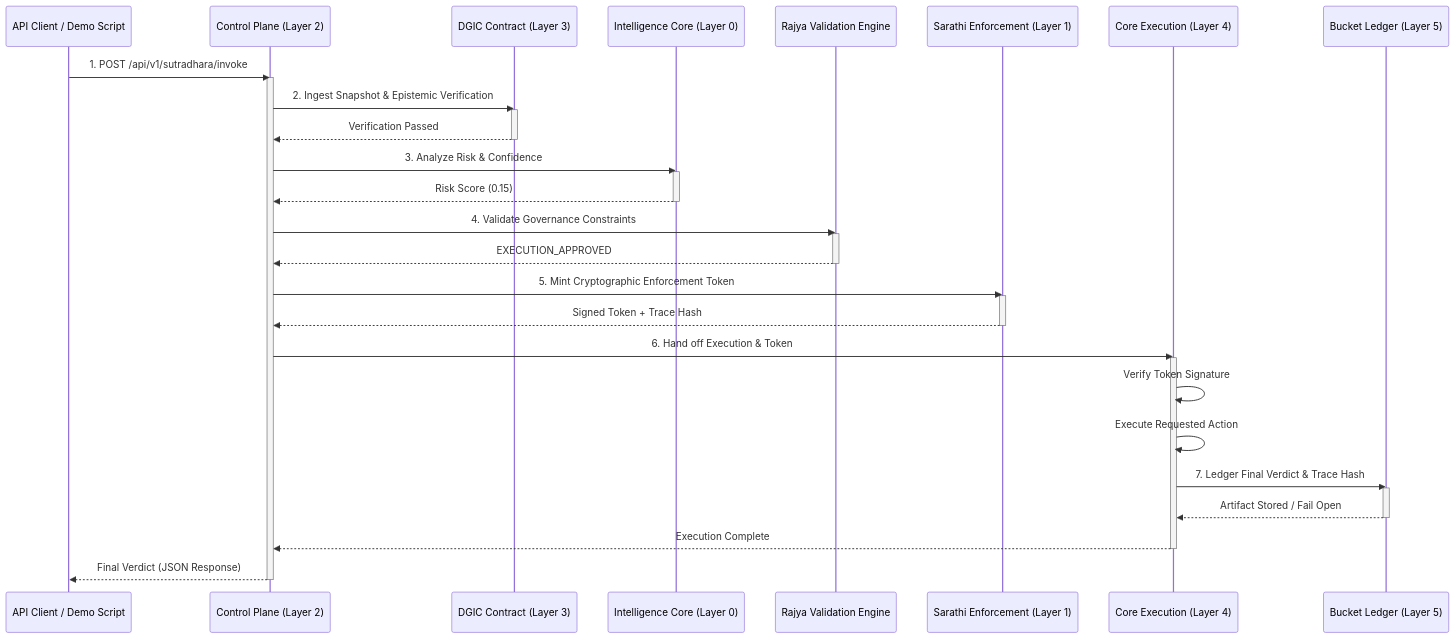
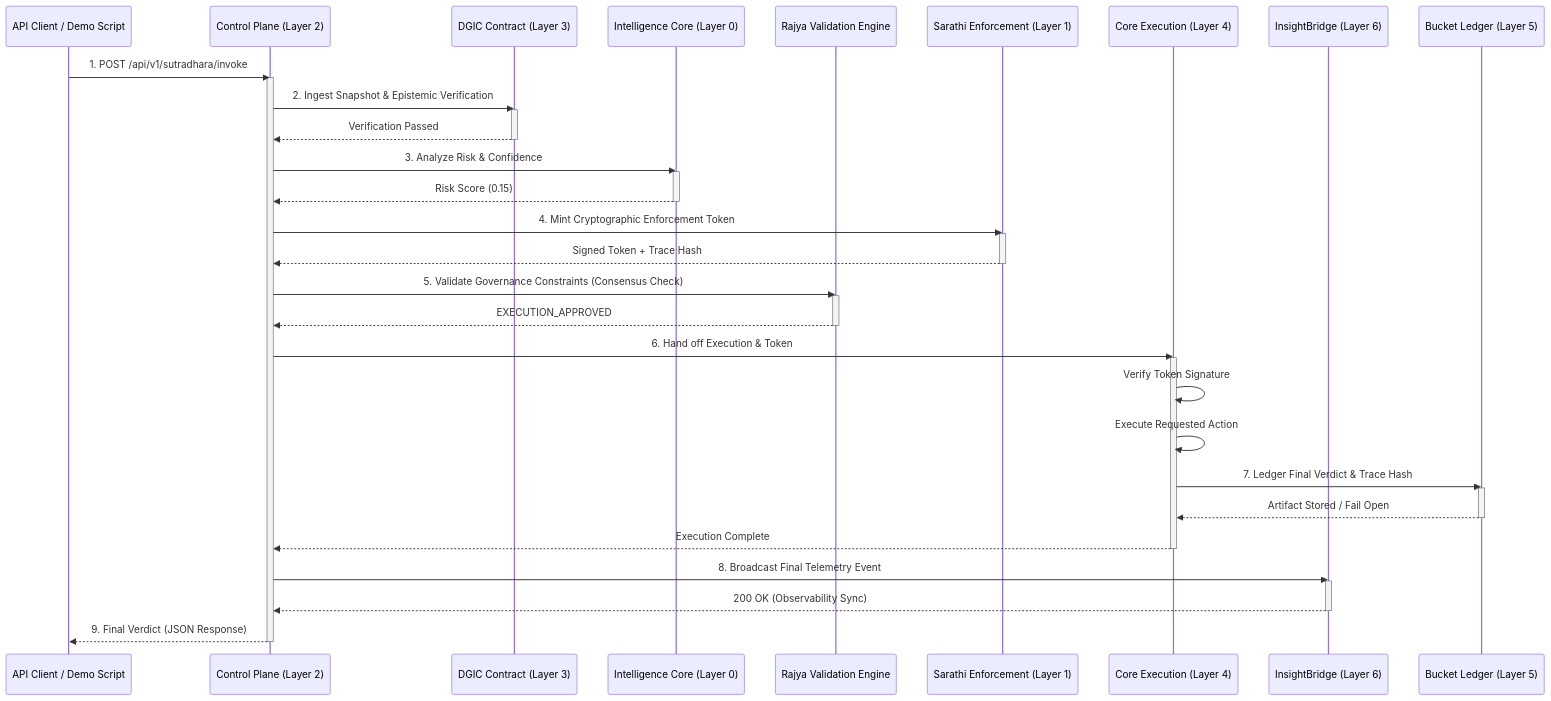
One commit to blackholeinfiverse106-creator/text-risk-scoring-service changed the diagram in docs/end_to_end_pipeline.md. Above: the diagram before and after it, drawn with Mermaid. The commit also changed other lines of this file and 6 other files, not shown here.

````diff
--- a/docs/end_to_end_pipeline.md
+++ b/docs/end_to_end_pipeline.md
@@ -48,49 +48,55 @@
 ```mermaid
 sequenceDiagram
     participant Client as API Client / Demo Script
     participant Sutradhara as Control Plane (Layer 2)
     participant DGIC as DGIC Contract (Layer 3)
     participant Intel as Intelligence Core (Layer 0)
     participant Rajya as Rajya Validation Engine
     participant Sarathi as Sarathi Enforcement (Layer 1)
     participant Core as Core Execution (Layer 4)
+    participant Bridge as InsightBridge (Layer 6)
     participant Bucket as Bucket Ledger (Layer 5)
 
     Client->>Sutradhara: 1. POST /api/v1/sutradhara/invoke
     activate Sutradhara
     Sutradhara->>DGIC: 2. Ingest Snapshot & Epistemic Verification
     activate DGIC
     DGIC-->>Sutradhara: Verification Passed
     deactivate DGIC
     
     Sutradhara->>Intel: 3. Analyze Risk & Confidence
     activate Intel
     Intel-->>Sutradhara: Risk Score (0.15)
     deactivate Intel
     
-    Sutradhara->>Rajya: 4. Validate Governance Constraints
+    Sutradhara->>Sarathi: 4. Mint Cryptographic Enforcement Token
+    activate Sarathi
+    Sarathi-->>Sutradhara: Signed Token + Trace Hash
+    deactivate Sarathi
+    
+    Sutradhara->>Rajya: 5. Validate Governance Constraints (Consensus Check)
     activate Rajya
     Rajya-->>Sutradhara: EXECUTION_APPROVED
     deactivate Rajya
-    
-    Sutradhara->>Sarathi: 5. Mint Cryptographic Enforcement Token
-    activate Sarathi
-    Sarathi-->>Sutradhara: Signed Token + Trace Hash
-    deactivate Sarathi
     
     Sutradhara->>Core: 6. Hand off Execution & Token
     activate Core
     Core->>Core: Verify Token Signature
     Core->>Core: Execute Requested Action
     
     Core->>Bucket: 7. Ledger Final Verdict & Trace Hash
     activate Bucket
     Bucket-->>Core: Artifact Stored / Fail Open
     deactivate Bucket
     
     Core-->>Sutradhara: Execution Complete
     deactivate Core
     
-    Sutradhara-->>Client: Final Verdict (JSON Response)
+    Sutradhara->>Bridge: 8. Broadcast Final Telemetry Event
+    activate Bridge
+    Bridge-->>Sutradhara: 200 OK (Observability Sync)
+    deactivate Bridge
+    
+    Sutradhara-->>Client: 9. Final Verdict (JSON Response)
     deactivate Sutradhara
 ```
````
